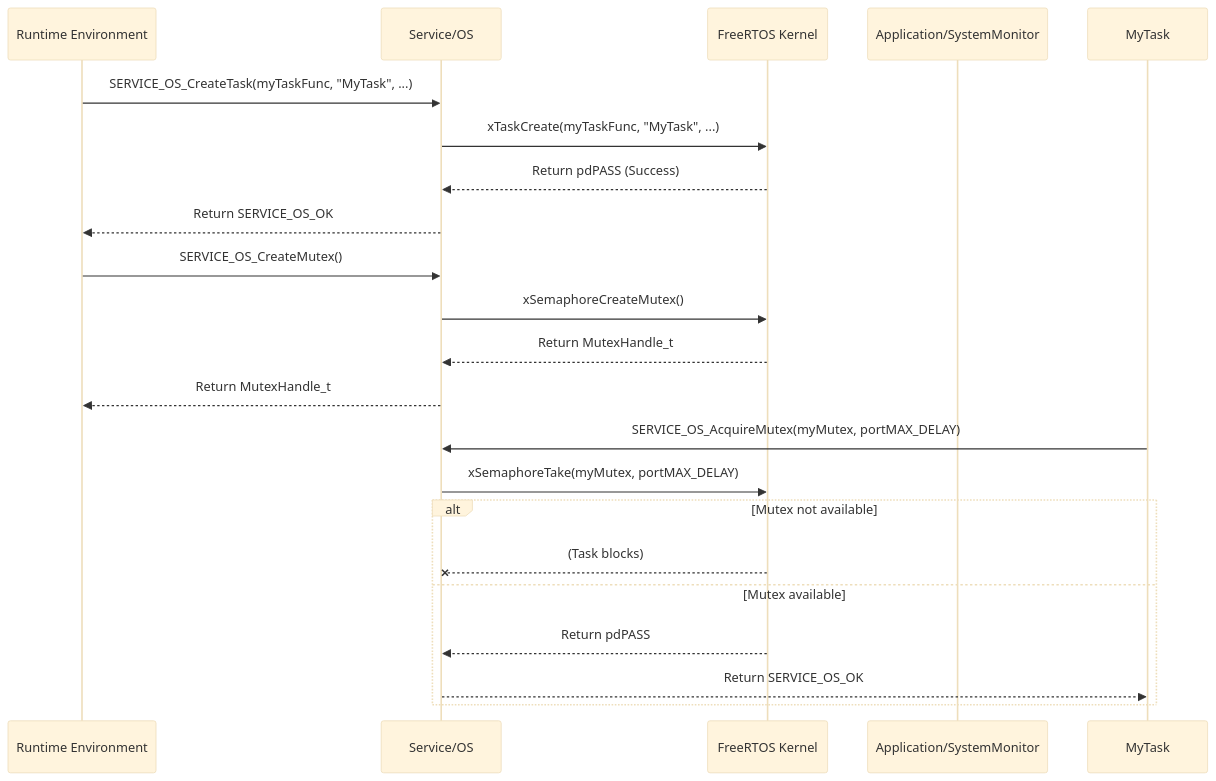
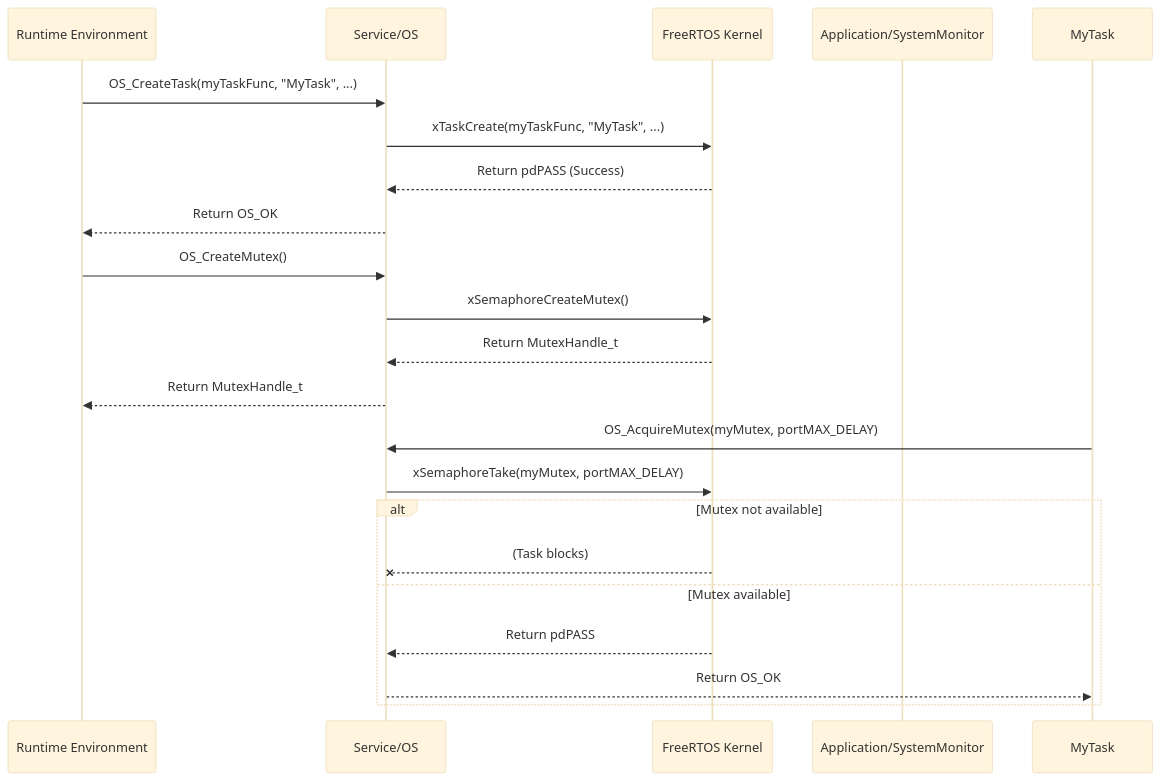
One commit to ashaker-2/Platform changed the diagram in Requiremets/Design/Service/OS.md. Above: the diagram before and after it, drawn with Mermaid (base theme). The commit also changed other lines of this file, not shown here.

````diff
--- a/Requiremets/Design/Service/OS.md
+++ b/Requiremets/Design/Service/OS.md
@@ -188,26 +188,26 @@
 ```mermaid
 sequenceDiagram  
     participant RTE as Runtime Environment  
     participant OS as Service/OS  
     participant FreeRTOS_Kernel as FreeRTOS Kernel  
     participant SystemMonitor as Application/SystemMonitor
 
-    RTE->>OS: SERVICE_OS_CreateTask(myTaskFunc, "MyTask", ...)  
+    RTE->>OS: OS_CreateTask(myTaskFunc, "MyTask", ...)  
     OS->>FreeRTOS_Kernel: xTaskCreate(myTaskFunc, "MyTask", ...)  
     FreeRTOS_Kernel-->>OS: Return pdPASS (Success)  
-    OS-->>RTE: Return SERVICE_OS_OK
+    OS-->>RTE: Return OS_OK
 
-    RTE->>OS: SERVICE_OS_CreateMutex()  
+    RTE->>OS: OS_CreateMutex()  
     OS->>FreeRTOS_Kernel: xSemaphoreCreateMutex()  
     FreeRTOS_Kernel-->>OS: Return MutexHandle_t  
     OS-->>RTE: Return MutexHandle_t
 
-    MyTask->>OS: SERVICE_OS_AcquireMutex(myMutex, portMAX_DELAY)  
+    MyTask->>OS: OS_AcquireMutex(myMutex, portMAX_DELAY)  
     OS->>FreeRTOS_Kernel: xSemaphoreTake(myMutex, portMAX_DELAY)  
     alt Mutex not available  
         FreeRTOS_Kernel--xOS: (Task blocks)  
     else Mutex available  
         FreeRTOS_Kernel-->>OS: Return pdPASS  
-        OS-->>MyTask: Return SERVICE_OS_OK  
+        OS-->>MyTask: Return OS_OK  
     end
 ```
````
